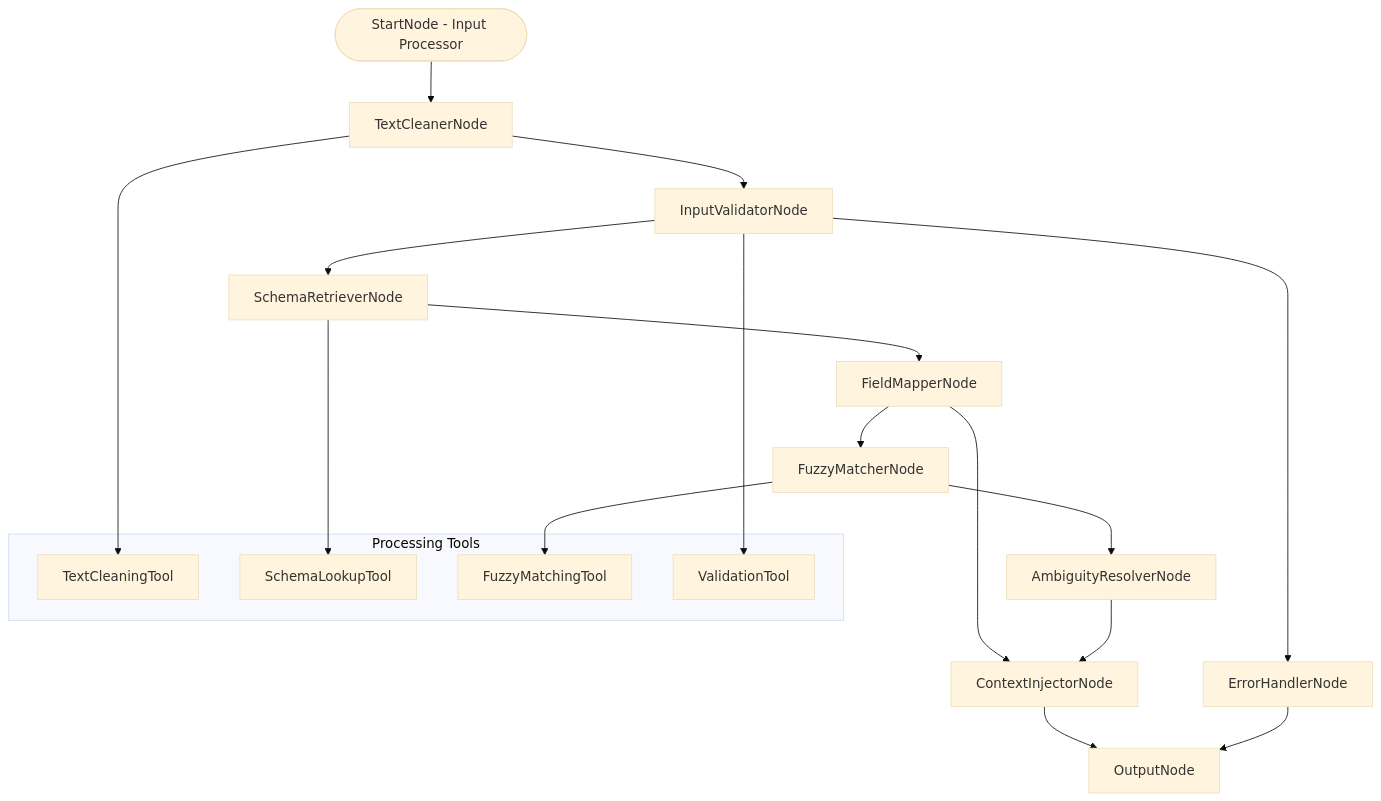
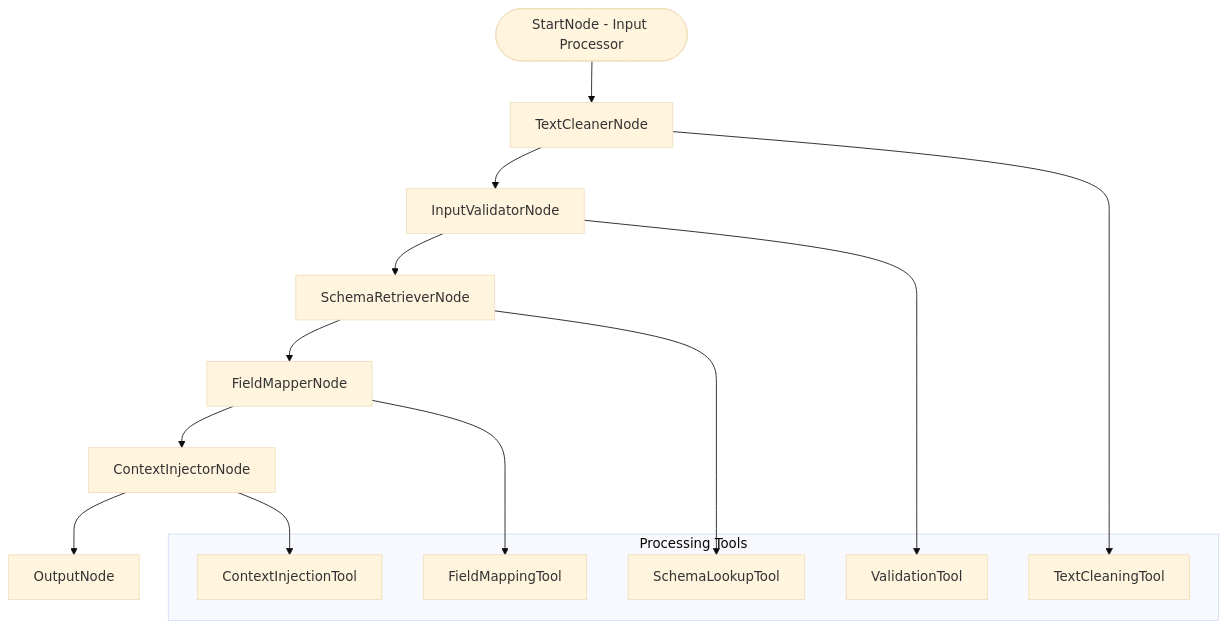
One commit to aman-glynac/Dynamic-AI-Dashboard changed the diagram in agent-architecture/input-parser-agent.md. Above: the diagram before and after it, drawn with Mermaid (base theme). The commit also changed other lines of this file, not shown here.

Commit message:
docs: update Input Parser Agent scope and functionality details

````diff
--- a/agent-architecture/input-parser-agent.md
+++ b/agent-architecture/input-parser-agent.md
@@ -48,27 +49,24 @@
 ```mermaid
 graph TD
     StartNode([StartNode - Input Processor])
     StartNode --> TextCleanerNode[TextCleanerNode]
     TextCleanerNode --> InputValidatorNode[InputValidatorNode]
     InputValidatorNode --> SchemaRetrieverNode[SchemaRetrieverNode]
-    InputValidatorNode --> ErrorHandlerNode[ErrorHandlerNode]
     SchemaRetrieverNode --> FieldMapperNode[FieldMapperNode]
-    FieldMapperNode --> FuzzyMatcherNode[FuzzyMatcherNode]
     FieldMapperNode --> ContextInjectorNode[ContextInjectorNode]
-    FuzzyMatcherNode --> AmbiguityResolverNode[AmbiguityResolverNode]
-    AmbiguityResolverNode --> ContextInjectorNode
     ContextInjectorNode --> OutputNode[OutputNode]
-    ErrorHandlerNode --> OutputNode
 
     subgraph Processing Tools
         TextCleaningTool
         SchemaLookupTool
-        FuzzyMatchingTool
+        FieldMappingTool
+        ContextInjectionTool
         ValidationTool
     end
 
     TextCleanerNode --> TextCleaningTool
     SchemaRetrieverNode --> SchemaLookupTool
-    FuzzyMatcherNode --> FuzzyMatchingTool
+    FieldMapperNode --> FieldMappingTool
+    ContextInjectorNode --> ContextInjectionTool
     InputValidatorNode --> ValidationTool
 ```
````
